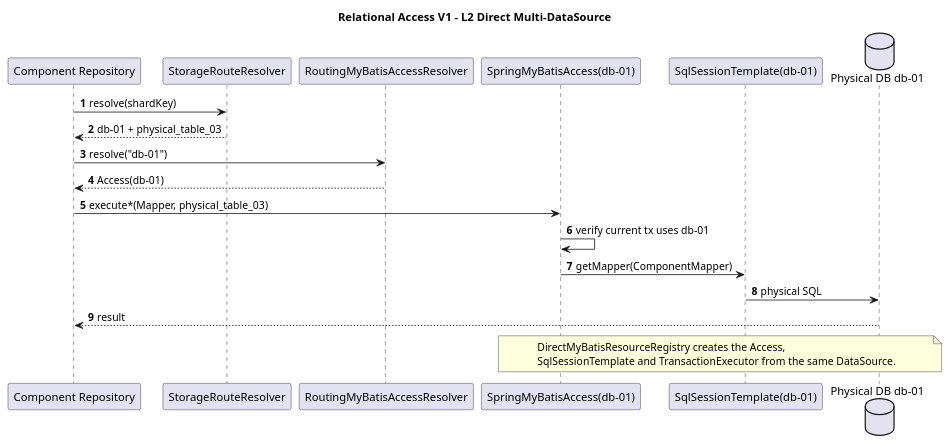
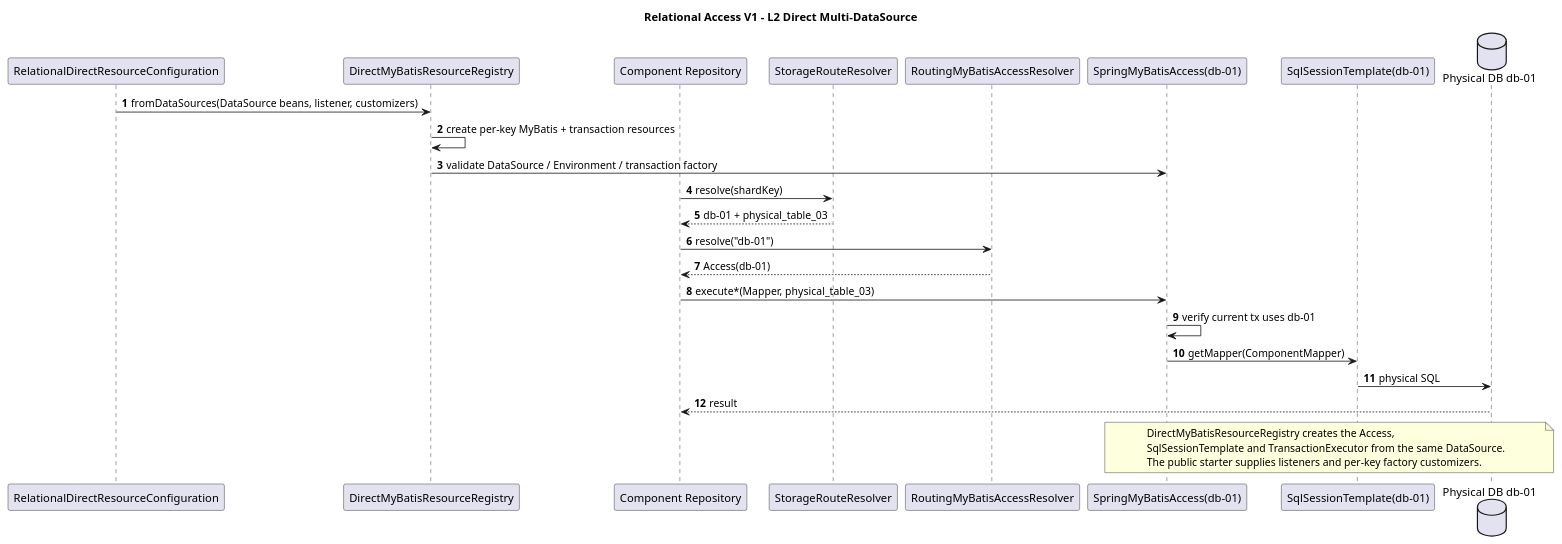
Before and after one commit to pbxjtumse/iron-components-java: the diagram in component/relational-access-component/docs/diagrams/sequence/L2-direct-execution.puml, drawn with PlantUML. The commit also changed 31 other files, not shown here.

```diff
--- a/component/relational-access-component/docs/diagrams/sequence/L2-direct-execution.puml
+++ b/component/relational-access-component/docs/diagrams/sequence/L2-direct-execution.puml
@@ -1,26 +1,33 @@
 @startuml
 title Relational Access V1 - L2 Direct Multi-DataSource
 autonumber
 
+participant "RelationalDirectResourceConfiguration" as Config
+participant "DirectMyBatisResourceRegistry" as Registry
 participant "Component Repository" as Repo
 participant "StorageRouteResolver" as Route
 participant "RoutingMyBatisAccessResolver" as Resolver
 participant "SpringMyBatisAccess(db-01)" as Access
 participant "SqlSessionTemplate(db-01)" as Session
 database "Physical DB db-01" as DB
+
+Config -> Registry : fromDataSources(DataSource beans, listener, customizers)
+Registry -> Registry : create per-key MyBatis + transaction resources
+Registry -> Access : validate DataSource / Environment / transaction factory
 
 Repo -> Route : resolve(shardKey)
 Route --> Repo : db-01 + physical_table_03
 Repo -> Resolver : resolve("db-01")
 Resolver --> Repo : Access(db-01)
 Repo -> Access : execute*(Mapper, physical_table_03)
 Access -> Access : verify current tx uses db-01
 Access -> Session : getMapper(ComponentMapper)
 Session -> DB : physical SQL
 DB --> Repo : result
 
 note over Access,DB
 DirectMyBatisResourceRegistry creates the Access,
 SqlSessionTemplate and TransactionExecutor from the same DataSource.
+The public starter supplies listeners and per-key factory customizers.
 end note
 @enduml
```
